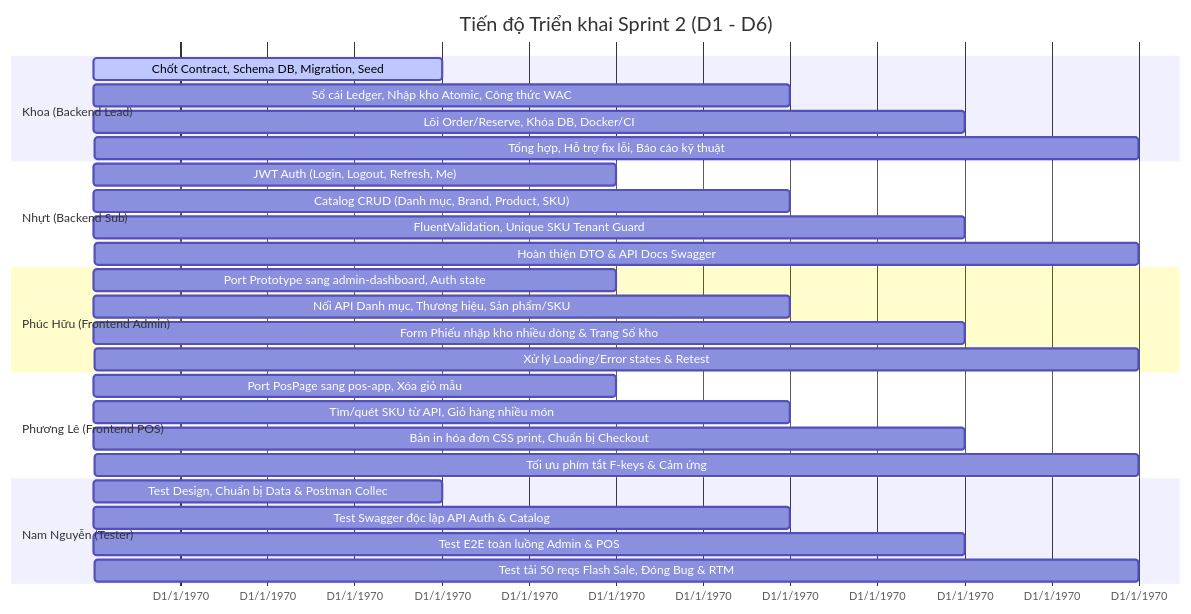
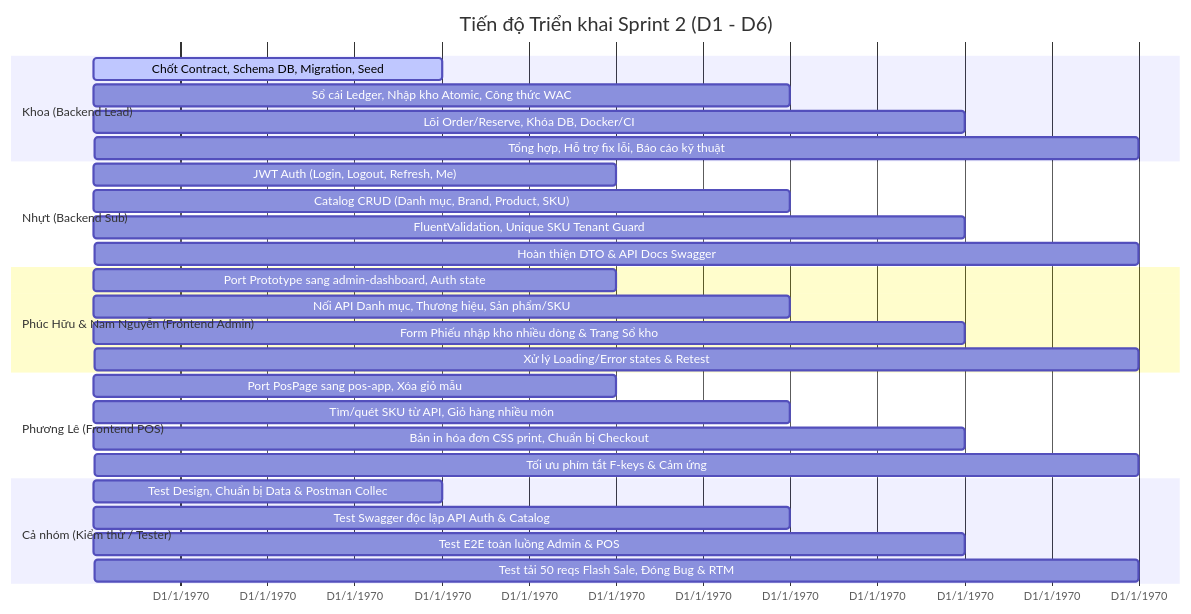
Before and after one commit to khoalvd839764-netizen/OISMS: the diagram in docs/08-sprints/sprint-2/SPRINT_2_COMPREHENSIVE_GUIDE.md, drawn with Mermaid. The commit also changed other lines of this file and 14 other files, not shown here.

Commit message:
docs(roles): update assignments to Admin (Phuc Huu & Nam Nguyen), POS (Phuong Le), Testing (Team-wide)

````diff
--- a/docs/08-sprints/sprint-2/SPRINT_2_COMPREHENSIVE_GUIDE.md
+++ b/docs/08-sprints/sprint-2/SPRINT_2_COMPREHENSIVE_GUIDE.md
@@ -39,36 +39,36 @@
 ```mermaid
 gantt
     title Tiến độ Triển khai Sprint 2 (D1 - D6)
     dateFormat  X
     axisFormat D%x
     
     section Khoa (Backend Lead)
     Chốt Contract, Schema DB, Migration, Seed        :active, 1, 2
     Sổ cái Ledger, Nhập kho Atomic, Công thức WAC    :2, 4
     Lõi Order/Reserve, Khóa DB, Docker/CI            :4, 5
     Tổng hợp, Hỗ trợ fix lỗi, Báo cáo kỹ thuật       :5, 6
 
     section Nhựt (Backend Sub)
     JWT Auth (Login, Logout, Refresh, Me)            :1, 3
     Catalog CRUD (Danh mục, Brand, Product, SKU)     :2, 4
     FluentValidation, Unique SKU Tenant Guard        :4, 5
     Hoàn thiện DTO & API Docs Swagger               :5, 6
 
-    section Phúc Hữu (Frontend Admin)
+    section Phúc Hữu & Nam Nguyễn (Frontend Admin)
     Port Prototype sang admin-dashboard, Auth state   :1, 3
     Nối API Danh mục, Thương hiệu, Sản phẩm/SKU       :3, 4
     Form Phiếu nhập kho nhiều dòng & Trang Sổ kho    :4, 5
     Xử lý Loading/Error states & Retest              :5, 6
 
     section Phương Lê (Frontend POS)
     Port PosPage sang pos-app, Xóa giỏ mẫu           :1, 3
     Tìm/quét SKU từ API, Giỏ hàng nhiều món          :3, 4
     Bản in hóa đơn CSS print, Chuẩn bị Checkout      :4, 5
     Tối ưu phím tắt F-keys & Cảm ứng                 :5, 6
 
-    section Nam Nguyễn (Tester)
+    section Cả nhóm (Kiểm thử / Tester)
     Test Design, Chuẩn bị Data & Postman Collec      :1, 2
     Test Swagger độc lập API Auth & Catalog          :2, 4
     Test E2E toàn luồng Admin & POS                  :4, 5
     Test tải 50 reqs Flash Sale, Đóng Bug & RTM      :5, 6
 ```
````
